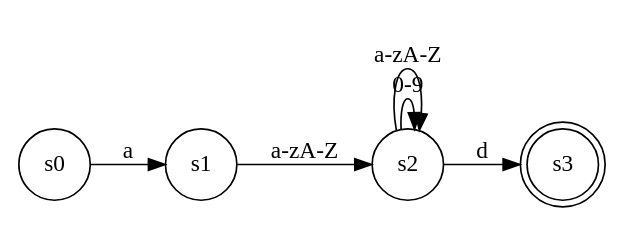
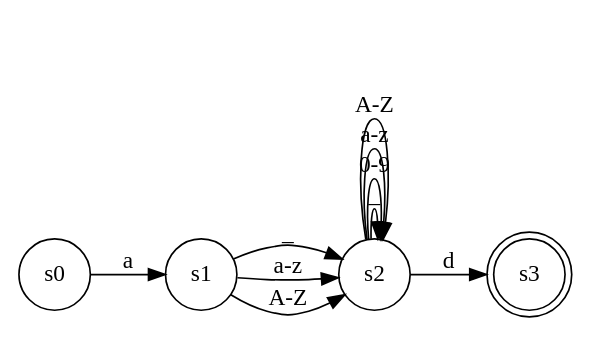
Before and after one commit to pschlump/lexie: the diagram in ref/dfa_0015.gv, drawn with Graphviz. The commit also changed 165 other files, not shown here.

```diff
--- a/ref/dfa_0015.gv
+++ b/ref/dfa_0015.gv
@@ -1,11 +1,15 @@
 digraph finite_state_machine {
 	rankdir=LR;
 	size="18,5"
 	node [shape = doublecircle]; s3;
 	node [shape = circle];
 	s0 -> s1 [ label = "a" ];
-	s1 -> s2 [ label = "a-zA-Z" ];
+	s1 -> s2 [ label = "_" ];
+	s1 -> s2 [ label = "a-z" ];
+	s1 -> s2 [ label = "A-Z" ];
+	s2 -> s2 [ label = "_" ];
 	s2 -> s3 [ label = "d" ];
 	s2 -> s2 [ label = "0-9" ];
-	s2 -> s2 [ label = "a-zA-Z" ];
+	s2 -> s2 [ label = "a-z" ];
+	s2 -> s2 [ label = "A-Z" ];
 }
```
